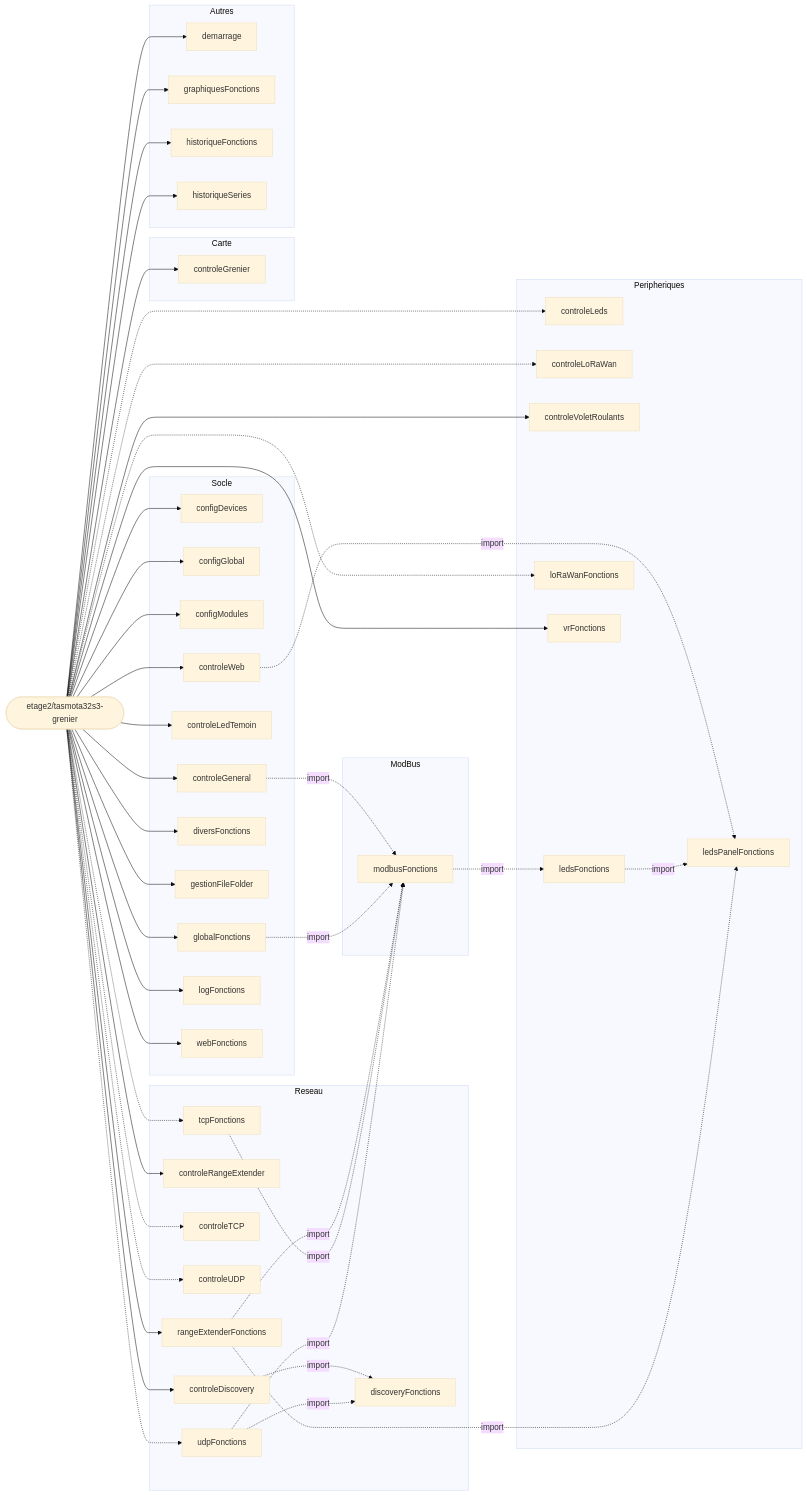
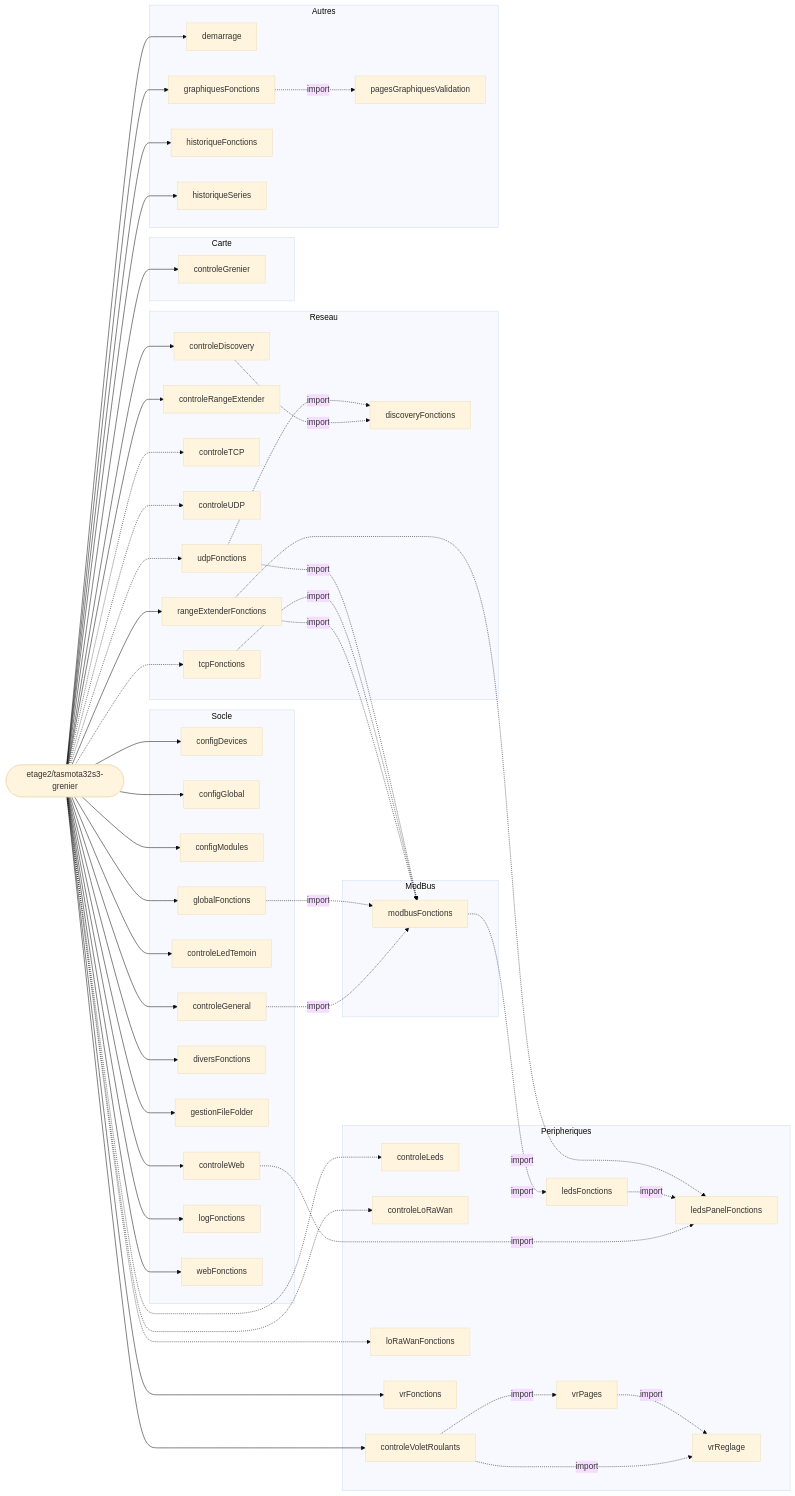
One commit to fdaubercy/Tasmota changed the seventh of 14 diagrams in outils_docs/CARTE_MODULES_BERRY.md. Above: the diagram before and after it, drawn with Mermaid (base theme). The commit also changed other lines of this file and 2 other files, not shown here.

````diff
--- a/outils_docs/CARTE_MODULES_BERRY.md
+++ b/outils_docs/CARTE_MODULES_BERRY.md
@@ -380,6 +711,8 @@
         m_ledsPanelFonctions["ledsPanelFonctions"]
         m_loRaWanFonctions["loRaWanFonctions"]
         m_vrFonctions["vrFonctions"]
+        m_vrPages["vrPages"]
+        m_vrReglage["vrReglage"]
     end
     subgraph g_Carte["Carte"]
         m_controleGrenier["controleGrenier"]
@@ -389,6 +722,7 @@
         m_graphiquesFonctions["graphiquesFonctions"]
         m_historiqueFonctions["historiqueFonctions"]
         m_historiqueSeries["historiqueSeries"]
+        m_pagesGraphiquesValidation["pagesGraphiquesValidation"]
     end
     CARTE --> m_configDevices
     CARTE --> m_configGlobal
@@ -424,9 +758,13 @@
     m_rangeExtenderFonctions -.->|import| m_ledsPanelFonctions
     CARTE -.-> m_loRaWanFonctions
     CARTE --> m_vrFonctions
+    m_controleVoletRoulants -.->|import| m_vrPages
+    m_controleVoletRoulants -.->|import| m_vrReglage
+    m_vrPages -.->|import| m_vrReglage
     CARTE --> m_controleGrenier
     CARTE --> m_demarrage
     CARTE --> m_graphiquesFonctions
     CARTE --> m_historiqueFonctions
     CARTE --> m_historiqueSeries
+    m_graphiquesFonctions -.->|import| m_pagesGraphiquesValidation
 ```
````
